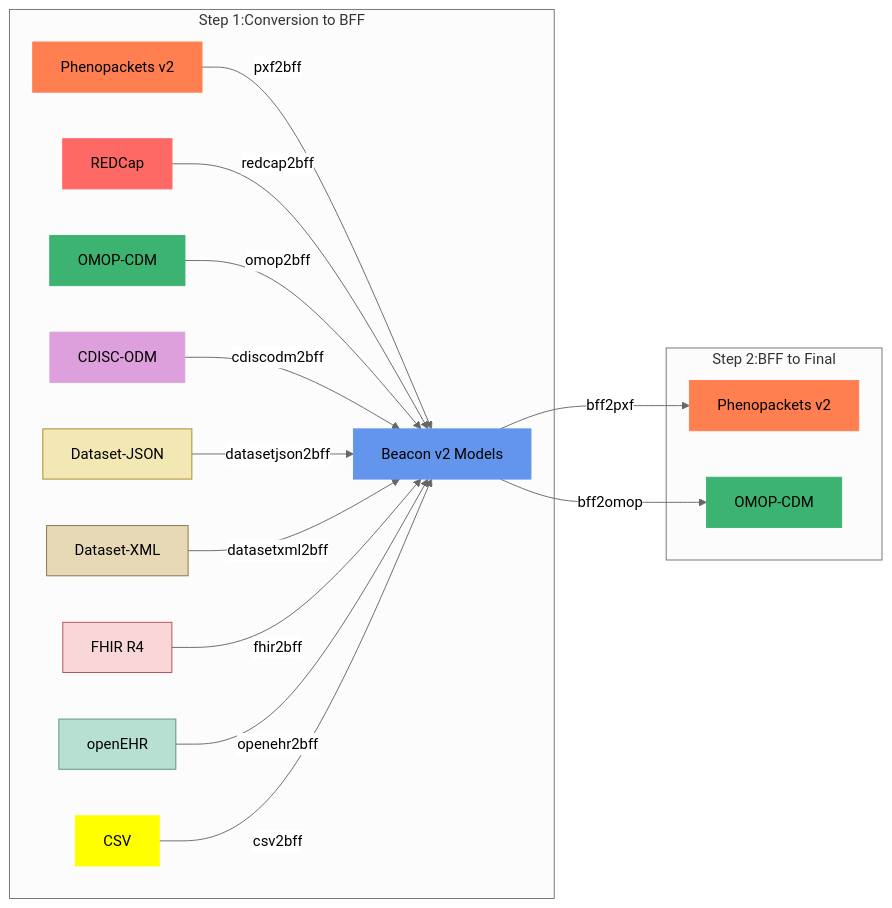
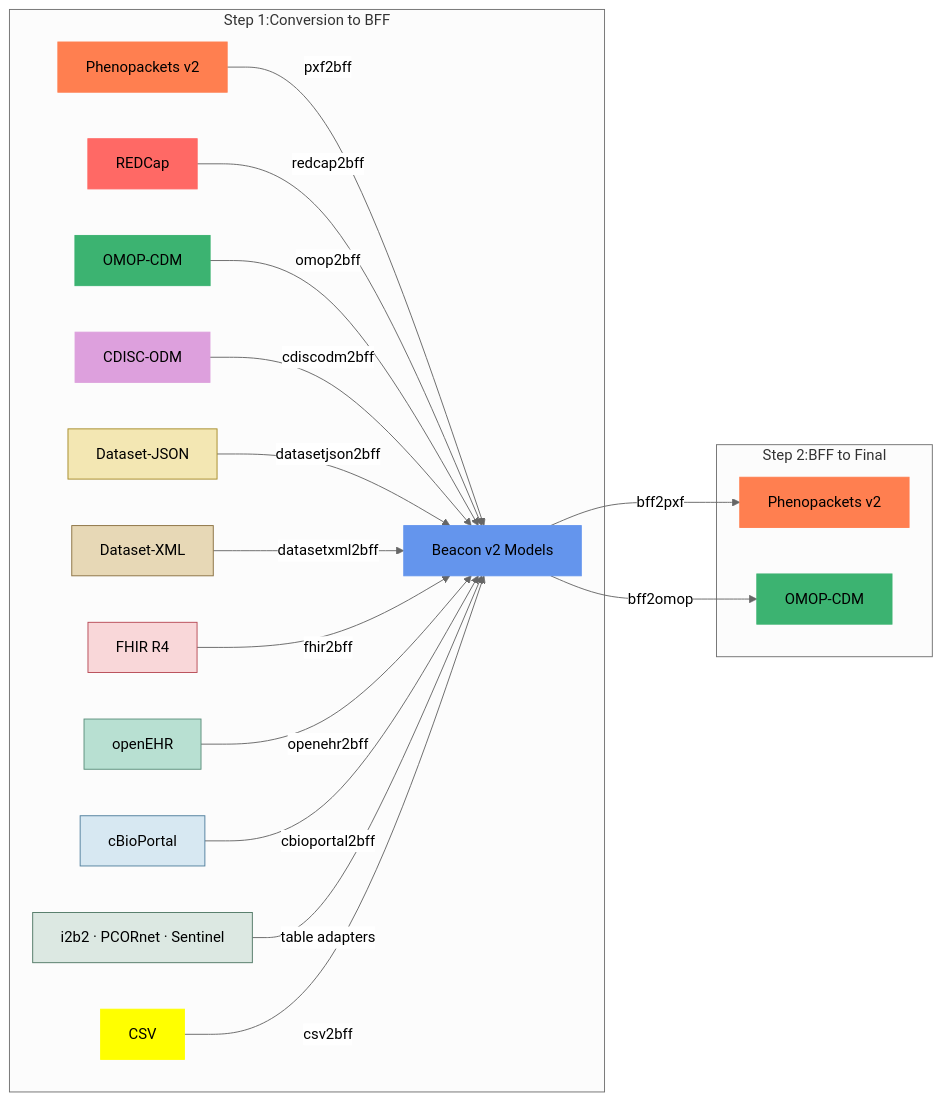
One commit to CNAG-Biomedical-Informatics/convert-pheno changed the diagram in docs-site/docs/mapping-steps.mdx. Above: the diagram before and after it, drawn with Mermaid. The commit also changed 93 other files, not shown here.

Commit message:
Add clinical CDM inputs and streamline conversion architecture

````diff
--- a/docs-site/docs/mapping-steps.mdx
+++ b/docs-site/docs/mapping-steps.mdx
@@ -48,34 +48,38 @@
 ```mermaid
 %%{init: {'theme':'neutral'}}%%
 graph LR
   subgraph "Step 1:Conversion to BFF"
   B[Phenopackets v2] -->|pxf2bff| A
   C[REDCap] -->|redcap2bff| A[Beacon v2 Models]
   D[OMOP-CDM] -->|omop2bff| A
   E[CDISC-ODM] -->|cdiscodm2bff| A
   I[Dataset-JSON] -->|datasetjson2bff| A
   X[Dataset-XML] -->|datasetxml2bff| A
   J[FHIR R4] -->|fhir2bff| A
   K[openEHR] -->|openehr2bff| A
+  Q[cBioPortal] -->|cbioportal2bff| A
+  R["i2b2 · PCORnet · Sentinel"] -->|table adapters| A
   G[CSV] -->|csv2bff| A
   end
 
   subgraph "Step 2:BFF to Final"
   A --> |bff2pxf | F[Phenopackets v2]
   A --> |bff2omop| H[OMOP-CDM]
   end
 
   style A fill: #6495ED, stroke: #6495ED
   style B fill: #FF7F50, stroke: #FF7F50
   style C fill: #FF6965, stroke: #FF6965
   style D fill: #3CB371, stroke: #3CB371
   style E fill: #DDA0DD, stroke: #DDA0DD
   style F fill: #FF7F50, stroke: #FF7F50
   style G fill: #FFFF00, stroke: #FFFF00
   style H fill: #3CB371, stroke: #3CB371
   style I fill: #F3E7B3, stroke: #A58A28
   style X fill: #E7D8B6, stroke: #8A7040
   style J fill: #F9D7D9, stroke: #B74A55
   style K fill: #B8E0D2, stroke: #5B8F7B
+  style Q fill: #D7E8F2, stroke: #507F9D
+  style R fill: #DCE8E2, stroke: #507865
 
 ```
````
